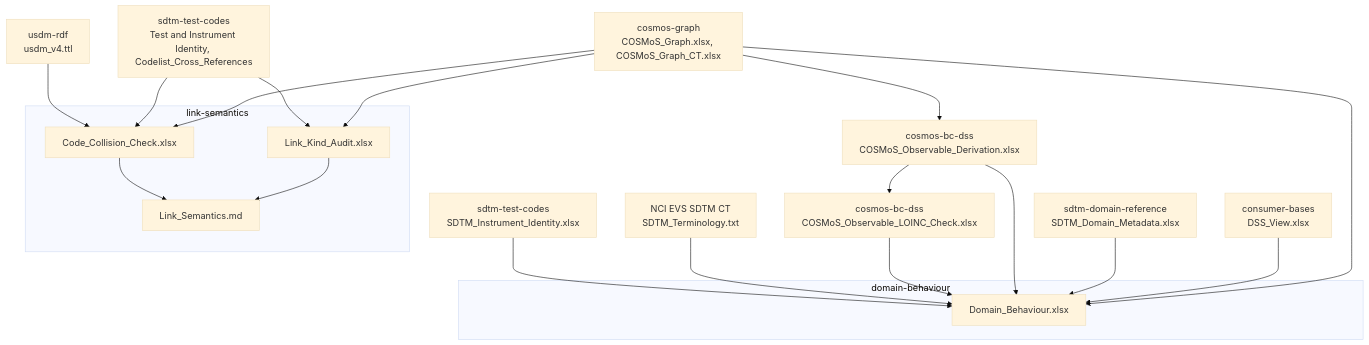
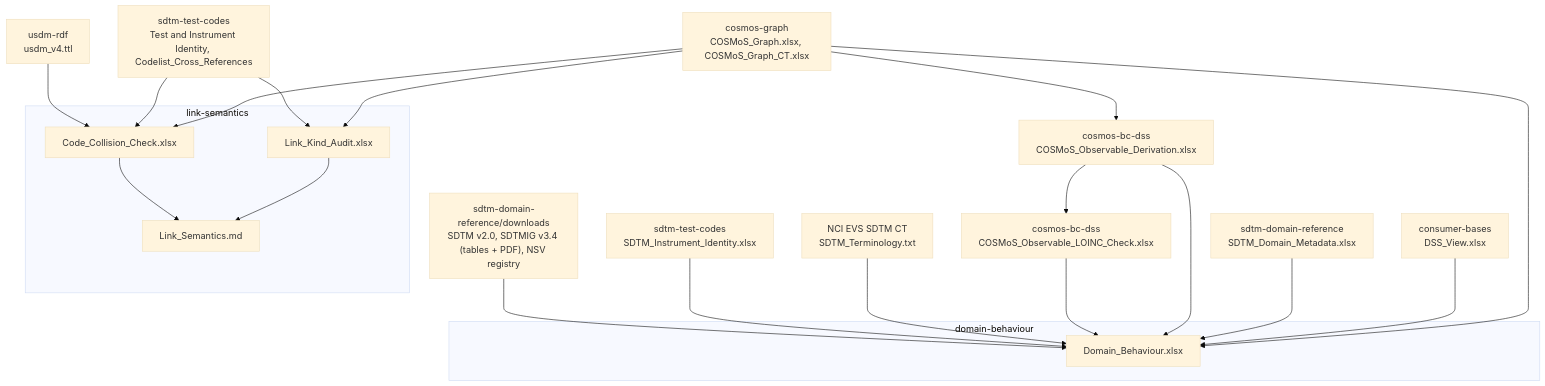
Before and after one commit to kerfors/cdisc-for-ai: the second of 2 diagrams in docs/Data_Flow.md, drawn with Mermaid (base theme). The commit also changed other lines of this file and 20 other files, not shown here.

````diff
--- a/docs/Data_Flow.md
+++ b/docs/Data_Flow.md
@@ -64,42 +64,44 @@
 ```mermaid
 graph TD
     CGX["cosmos-graph<br/>COSMoS_Graph.xlsx, COSMoS_Graph_CT.xlsx"]
     STC["sdtm-test-codes<br/>Test and Instrument Identity, Codelist_Cross_References"]
     USDM["usdm-rdf<br/>usdm_v4.ttl"]
 
     subgraph link-semantics
         LKA["Link_Kind_Audit.xlsx"]
         CCC["Code_Collision_Check.xlsx"]
         LS["Link_Semantics.md"]
     end
 
     CGX --> LKA
     STC --> LKA
     CGX --> CCC
     STC --> CCC
     USDM --> CCC
 
     LKA --> LS
     CCC --> LS
 
     DV["consumer-bases<br/>DSS_View.xlsx"]
     DM["sdtm-domain-reference<br/>SDTM_Domain_Metadata.xlsx"]
     OD["cosmos-bc-dss<br/>COSMoS_Observable_Derivation.xlsx"]
     OL["cosmos-bc-dss<br/>COSMoS_Observable_LOINC_Check.xlsx"]
     EVSX["NCI EVS SDTM CT<br/>SDTM_Terminology.txt"]
     SI["sdtm-test-codes<br/>SDTM_Instrument_Identity.xlsx"]
+    SV["sdtm-domain-reference/downloads<br/>SDTM v2.0, SDTMIG v3.4 (tables + PDF), NSV registry"]
 
     subgraph domain-behaviour
         DB["Domain_Behaviour.xlsx"]
     end
 
     CGX --> DB
     DV --> DB
     DM --> DB
     CGX --> OD
     OD --> DB
     OD --> OL
     OL --> DB
     EVSX --> DB
     SI --> DB
+    SV --> DB
 ```
````
